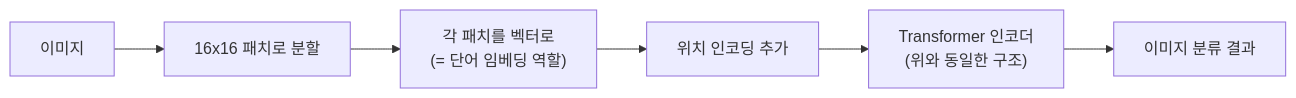
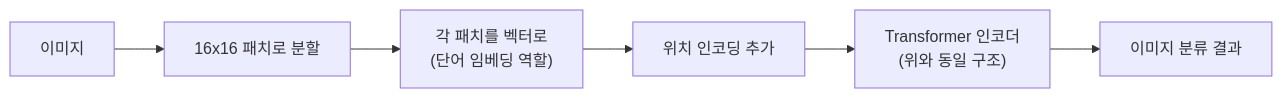
Before and after one commit to shm3041/shm3041.github.io: the third of 3 diagrams in _posts/2026-11-23-transformer-encoder.md, drawn with Mermaid. The commit also changed other lines of this file and 7 other files, not shown here.

````diff
--- a/_posts/2026-11-23-transformer-encoder.md
+++ b/_posts/2026-11-23-transformer-encoder.md
@@ -89,8 +90,8 @@
 ```mermaid
 flowchart LR
     A["이미지"] --> B["16x16 패치로 분할"]
-    B --> C["각 패치를 벡터로<br/>(= 단어 임베딩 역할)"]
+    B --> C["각 패치를 벡터로<br/>(단어 임베딩 역할)"]
     C --> D["위치 인코딩 추가"]
-    D --> E["Transformer 인코더<br/>(위와 동일한 구조)"]
+    D --> E["Transformer 인코더<br/>(위와 동일 구조)"]
     E --> F["이미지 분류 결과"]
 ```
````
